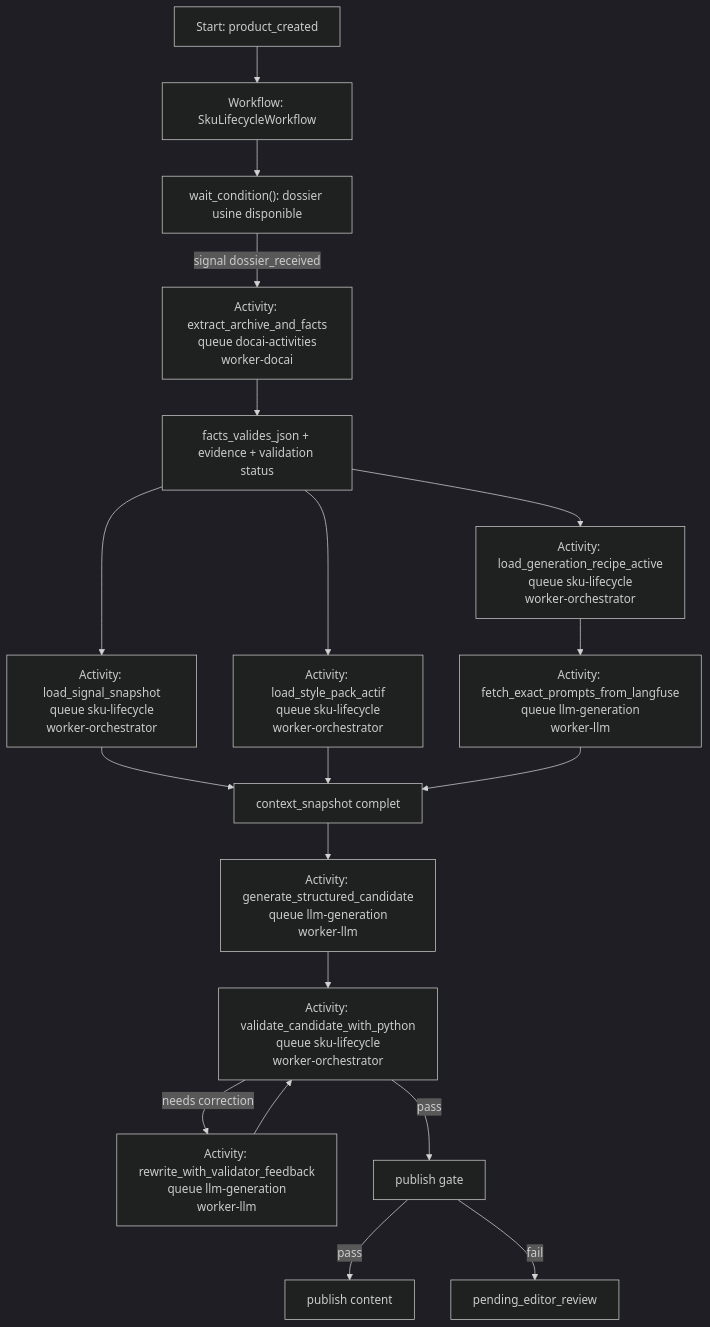
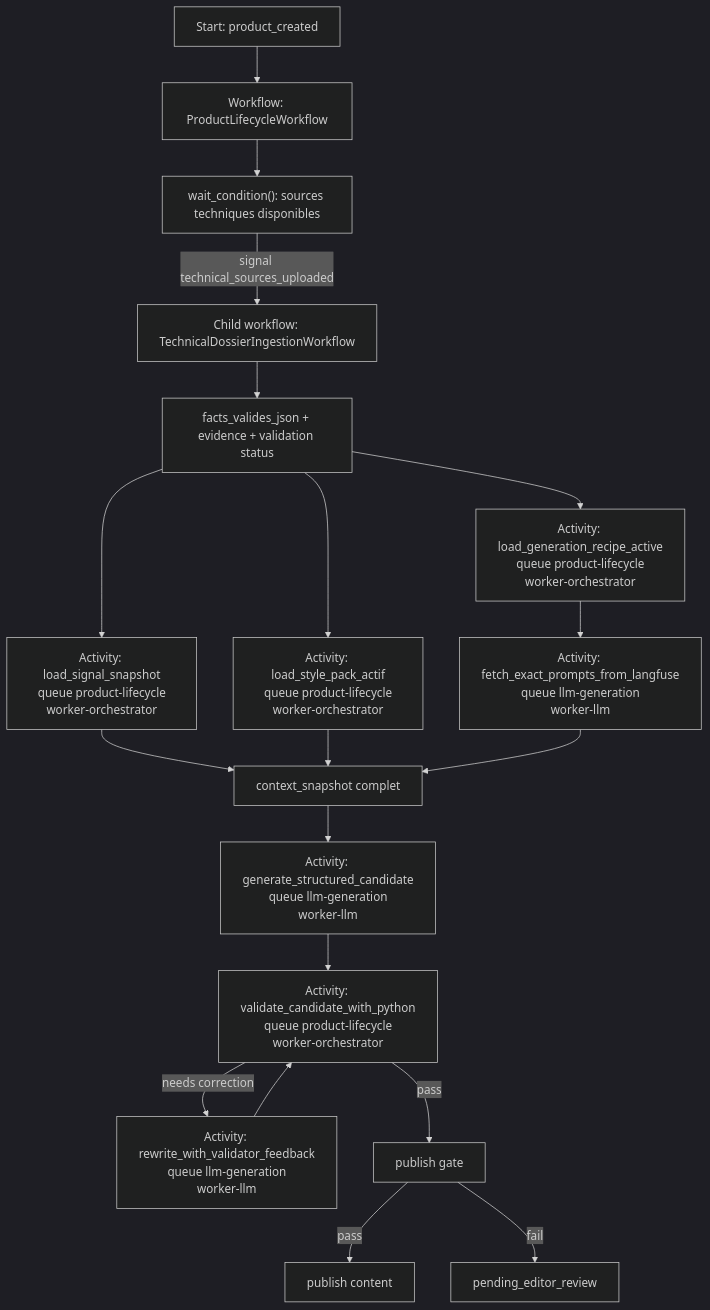
The third of 5 diagrams in docs/ARCHITECTURE_SOTA_2026.md (floriansollami/factory-writer), drawn with Mermaid (dark theme) before and after one commit. The commit also changed other lines of this file and 44 other files, not shown here.

Commit message:
docs: update ingestion architecture references

````diff
--- a/docs/ARCHITECTURE_SOTA_2026.md
+++ b/docs/ARCHITECTURE_SOTA_2026.md
@@ -315,25 +316,25 @@
 ```mermaid
 flowchart TD
-    A["Start: product_created"] --> B["Workflow: SkuLifecycleWorkflow"]
-    B --> C["wait_condition(): dossier usine disponible"]
+    A["Start: product_created"] --> B["Workflow: ProductLifecycleWorkflow"]
+    B --> C["wait_condition(): sources techniques disponibles"]
 
-    C -->|"signal dossier_received"| D["Activity: extract_archive_and_facts<br/>queue docai-activities<br/>worker-docai"]
+    C -->|"signal technical_sources_uploaded"| D["Child workflow: TechnicalDossierIngestionWorkflow"]
     D --> E["facts_valides_json + evidence + validation status"]
 
-    E --> F["Activity: load_signal_snapshot<br/>queue sku-lifecycle<br/>worker-orchestrator"]
-    E --> G["Activity: load_style_pack_actif<br/>queue sku-lifecycle<br/>worker-orchestrator"]
-    E --> H["Activity: load_generation_recipe_active<br/>queue sku-lifecycle<br/>worker-orchestrator"]
+    E --> F["Activity: load_signal_snapshot<br/>queue product-lifecycle<br/>worker-orchestrator"]
+    E --> G["Activity: load_style_pack_actif<br/>queue product-lifecycle<br/>worker-orchestrator"]
+    E --> H["Activity: load_generation_recipe_active<br/>queue product-lifecycle<br/>worker-orchestrator"]
     H --> H2["Activity: fetch_exact_prompts_from_langfuse<br/>queue llm-generation<br/>worker-llm"]
 
     F --> I["context_snapshot complet"]
     G --> I
     H2 --> I
 
     I --> J["Activity: generate_structured_candidate<br/>queue llm-generation<br/>worker-llm"]
-    J --> J2["Activity: validate_candidate_with_python<br/>queue sku-lifecycle<br/>worker-orchestrator"]
+    J --> J2["Activity: validate_candidate_with_python<br/>queue product-lifecycle<br/>worker-orchestrator"]
     J2 -->|"needs correction"| J3["Activity: rewrite_with_validator_feedback<br/>queue llm-generation<br/>worker-llm"]
     J3 --> J2
     J2 -->|"pass"| K["publish gate"]
     K -->|"pass"| L["publish content"]
     K -->|"fail"| M["pending_editor_review"]
 ```
````
